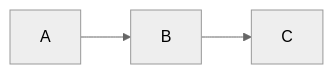
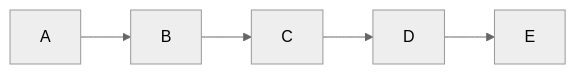
Diagram 40 of 45 in docs/diagrams-and-syntax-and-examples/flowchart.md (mermaid-js/mermaid), drawn with Mermaid (neutral theme) before and after one commit. The commit also changed other lines of this file and 7 other files, not shown here.

````diff
--- a/docs/diagrams-and-syntax-and-examples/flowchart.md
+++ b/docs/diagrams-and-syntax-and-examples/flowchart.md
@@ -648,7 +661,11 @@
 ```mermaid
 graph LR;
     A-->B;
     B-->C;
-    click A href "http://www.github.com" _blank
-    click B href "http://www.github.com" "Open this in a new tab" _blank
+    C-->D;
+    D-->E;
+    click A "http://www.github.com" _blank
+    click B "http://www.github.com" "Open this in a new tab" _blank
+    click C href "http://www.github.com" _blank
+    click D href "http://www.github.com" "Open this in a new tab" _blank
 ```
````
